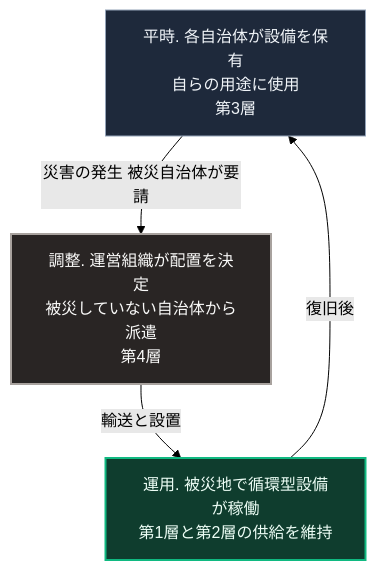
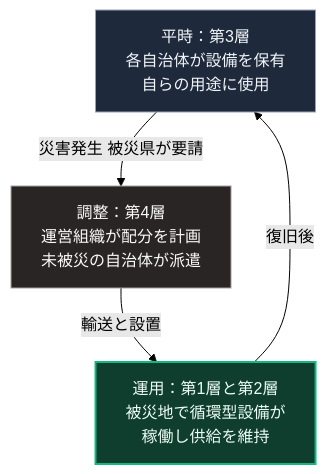
Before and after one commit to Takenori-Kusaka/zenn-content: the diagram in books/sovereign-resilience-blueprint/55_wota-jwad-mutual-aid-platform.md, drawn with Mermaid (forest theme). The commit also changed other lines of this file and 114 other files, not shown here.

````diff
--- a/books/sovereign-resilience-blueprint/55_wota-jwad-mutual-aid-platform.md
+++ b/books/sovereign-resilience-blueprint/55_wota-jwad-mutual-aid-platform.md
@@ -55,11 +55,11 @@
 ```mermaid
 flowchart TD
-    A[平時. 各自治体が設備を保有<br>自らの用途に使用<br>第3層]
-    A -->|災害の発生 被災自治体が要請| B[調整. 運営組織が配置を決定<br>被災していない自治体から派遣<br>第4層]
-    B -->|輸送と設置| C[運用. 被災地で循環型設備が稼働<br>第1層と第2層の供給を維持]
+    A[平時：第3層<br>各自治体が設備を保有<br>自らの用途に使用]
+    A -->|災害発生 被災県が要請| B[調整：第4層<br>運営組織が配分を計画<br>未被災の自治体が派遣]
+    B -->|輸送と設置| C[運用：第1層と第2層<br>被災地で循環型設備が<br>稼働し供給を維持]
     C -->|復旧後| A
 
     style A fill:#1e293b,stroke:#94a3b8,color:#f1f5f9
-    style B fill:#292524,stroke:#a8a29e,stroke-width:2px,color:#fafaf9
+    style B fill:#292524,stroke:#a8a29e,color:#fafaf9
     style C fill:#0f3d2e,stroke:#10b981,stroke-width:2px,color:#ecfdf5
 ```
````
